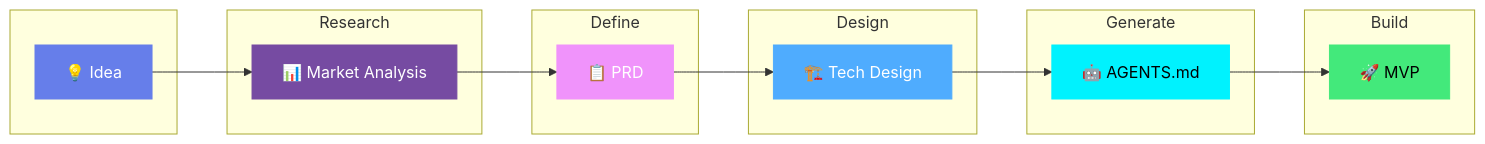
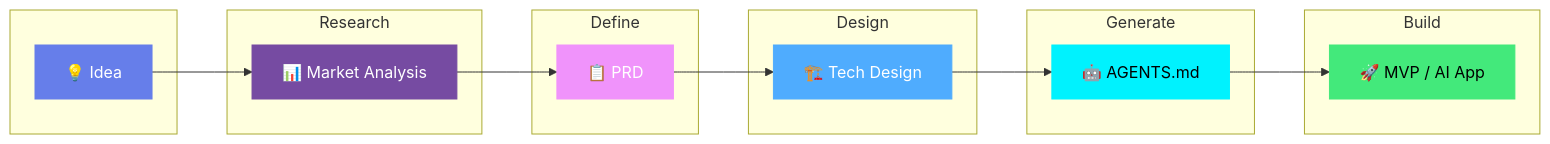
One commit to KhazP/vibe-coding-prompt-template changed the diagram in README.md. Above: the diagram before and after it, drawn with Mermaid. The commit also changed other lines of this file and 64 other files, not shown here.

````diff
--- a/README.md
+++ b/README.md
@@ -65,35 +68,35 @@
 ```mermaid
 flowchart LR
     subgraph Phase1[" "]
         A[💡 Idea]
     end
 
     subgraph Phase2["Research"]
         B[📊 Market Analysis]
     end
 
     subgraph Phase3["Define"]
         C[📋 PRD]
     end
 
     subgraph Phase4["Design"]
         D[🏗️ Tech Design]
     end
 
     subgraph Phase5["Generate"]
         E[🤖 AGENTS.md]
     end
 
     subgraph Phase6["Build"]
-        F[🚀 MVP]
+        F[🚀 MVP / AI App]
     end
 
     A --> B --> C --> D --> E --> F
 
     style A fill:#667eea,stroke:#667eea,color:#fff
     style B fill:#764ba2,stroke:#764ba2,color:#fff
     style C fill:#f093fb,stroke:#f093fb,color:#fff
     style D fill:#4facfe,stroke:#4facfe,color:#fff
     style E fill:#00f2fe,stroke:#00f2fe,color:#000
     style F fill:#43e97b,stroke:#43e97b,color:#000
 ```
````
